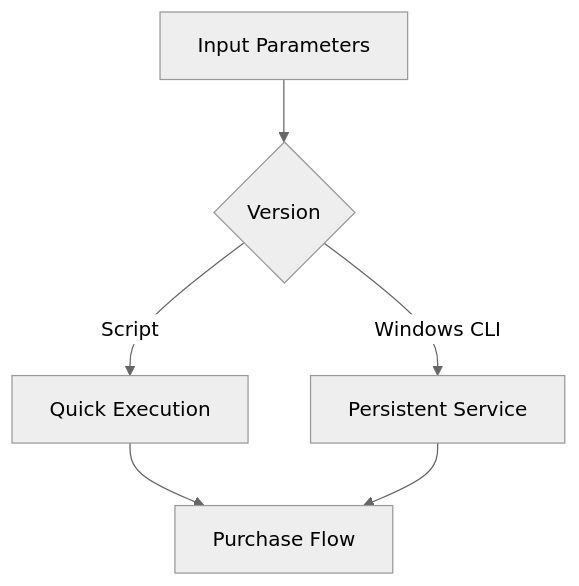
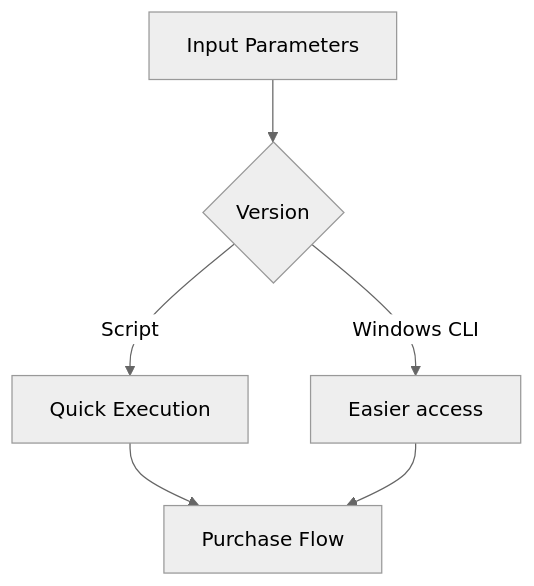
Before and after one commit to Amirhosin282/Dtire: the diagram in README.md, drawn with Mermaid (neutral theme).

````diff
--- a/README.md
+++ b/README.md
@@ -37,7 +37,7 @@
 ```mermaid
 graph TD
     A[Input Parameters] --> B{Version}
     B -->|Script| C[Quick Execution]
-    B -->|Windows CLI| D[Persistent Service]
+    B -->|Windows CLI| D[Easier access]
     C & D --> E[Purchase Flow]
 ```
````
